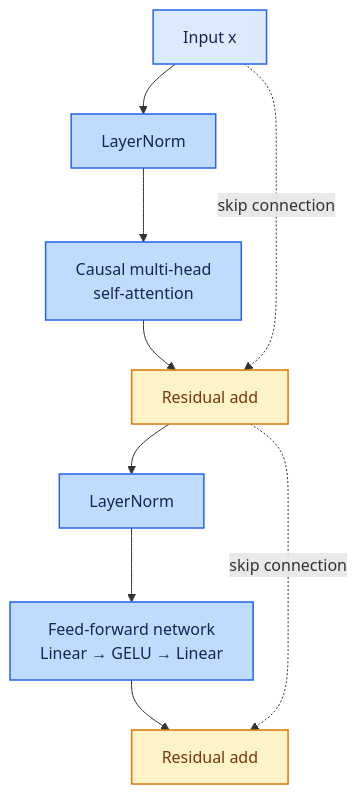
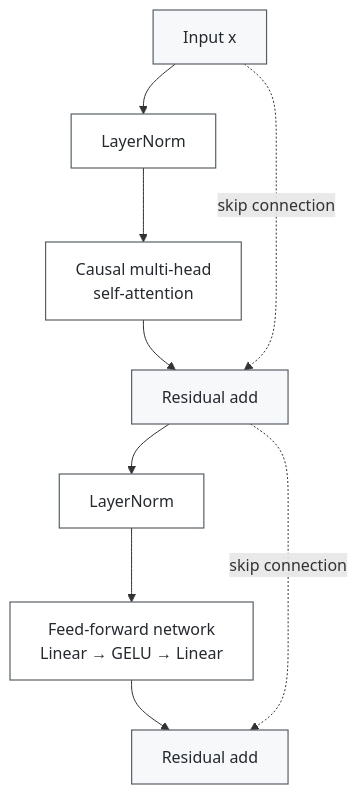
The second of 2 diagrams in README.en.md (hero7014/mini-transformer), drawn with Mermaid before and after one commit. The commit also changed other lines of this file and 1 other file, not shown here.

Commit message:
docs: use monochrome Mermaid diagrams

````diff
--- a/README.en.md
+++ b/README.en.md
@@ -88,18 +88,18 @@
 ```mermaid
 flowchart TB
     x["Input x"] --> norm1["LayerNorm"]
     norm1 --> attn["Causal multi-head<br/>self-attention"]
     attn --> add1["Residual add"]
     x -. "skip connection" .-> add1
     add1 --> norm2["LayerNorm"]
     norm2 --> ffn["Feed-forward network<br/>Linear → GELU → Linear"]
     ffn --> add2["Residual add"]
     add1 -. "skip connection" .-> add2
 
-    classDef input fill:#dbeafe,stroke:#2563eb,color:#172554,stroke-width:1.5px
-    classDef op fill:#bfdbfe,stroke:#2563eb,color:#172554,stroke-width:1.5px
-    classDef residual fill:#fef3c7,stroke:#d97706,color:#78350f,stroke-width:1.5px
+    classDef input fill:#f6f8fa,stroke:#57606a,color:#24292f,stroke-width:1.2px
+    classDef op fill:#ffffff,stroke:#57606a,color:#24292f,stroke-width:1.2px
+    classDef residual fill:#f6f8fa,stroke:#57606a,color:#24292f,stroke-width:1.2px
     class x input
     class norm1,attn,norm2,ffn op
     class add1,add2 residual
 ```
````
